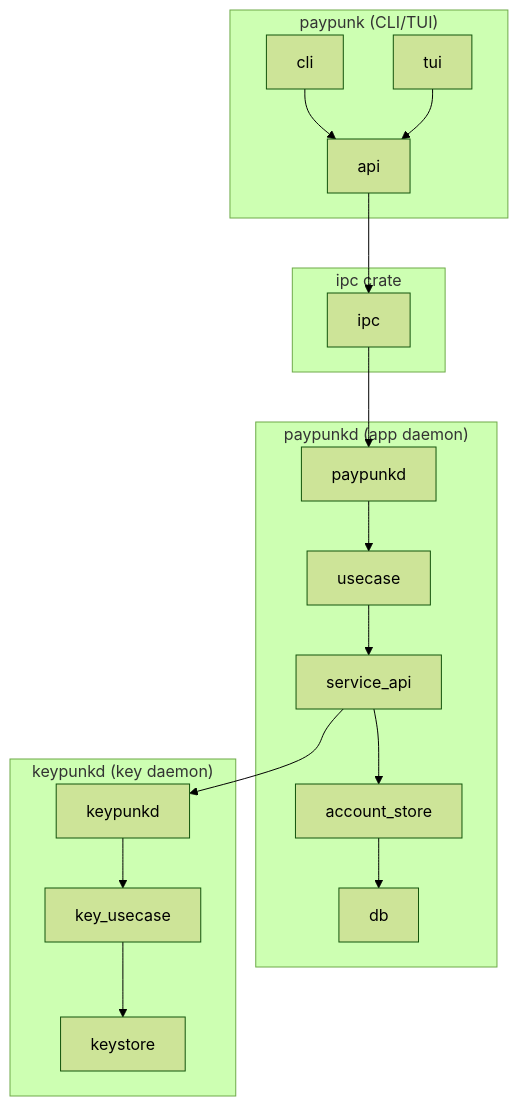
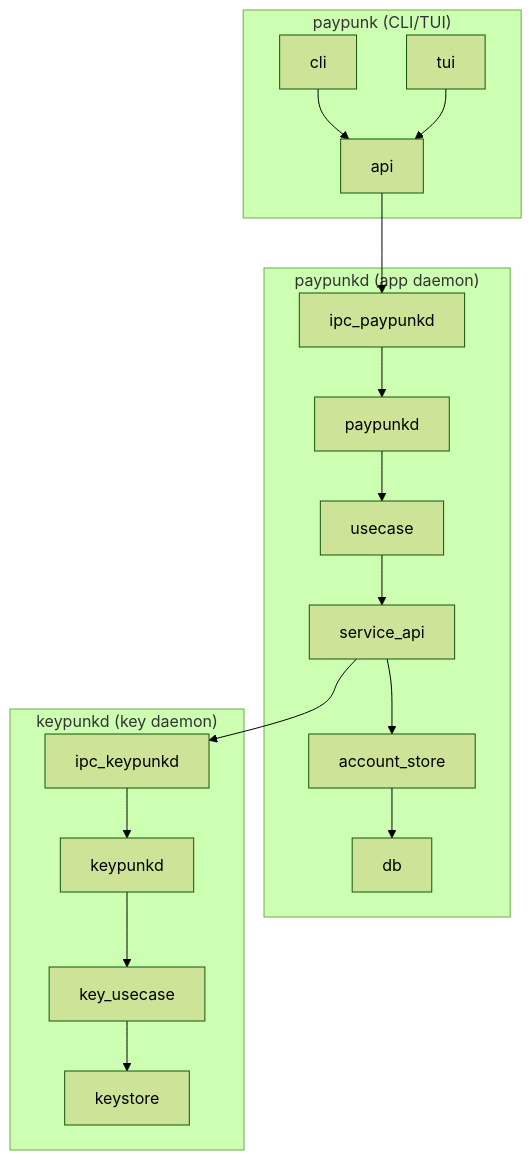
One commit to blockhackersio/paypunk changed the diagram in SPEC.md. Above: the diagram before and after it, drawn with Mermaid (forest theme).

Commit message:
update graph

````diff
--- a/SPEC.md
+++ b/SPEC.md
@@ -15,38 +15,37 @@
 ```mermaid
 graph TD
   cli --> api
   tui --> api
-  api --> ipc
-  ipc --> paypunkd
+  api --> ipc_paypunkd
+  ipc_paypunkd --> paypunkd
   paypunkd --> usecase
   usecase --> service_api
-  service_api --> keypunkd
+  service_api --> ipc_keypunkd
+  ipc_keypunkd --> keypunkd
   service_api --> account_store
   account_store --> db
   keypunkd --> key_usecase
   key_usecase --> keystore
 
   subgraph "paypunk (CLI/TUI)"
     cli
     tui
     api
   end
 
   subgraph "paypunkd (app daemon)"
     paypunkd
     usecase
     service_api
     account_store
     db
+    ipc_paypunkd
   end
 
   subgraph "keypunkd (key daemon)"
     keypunkd
     key_usecase
     keystore
-  end
-
-  subgraph "ipc crate"
-    ipc
+    ipc_keypunkd
   end
 ```
````
